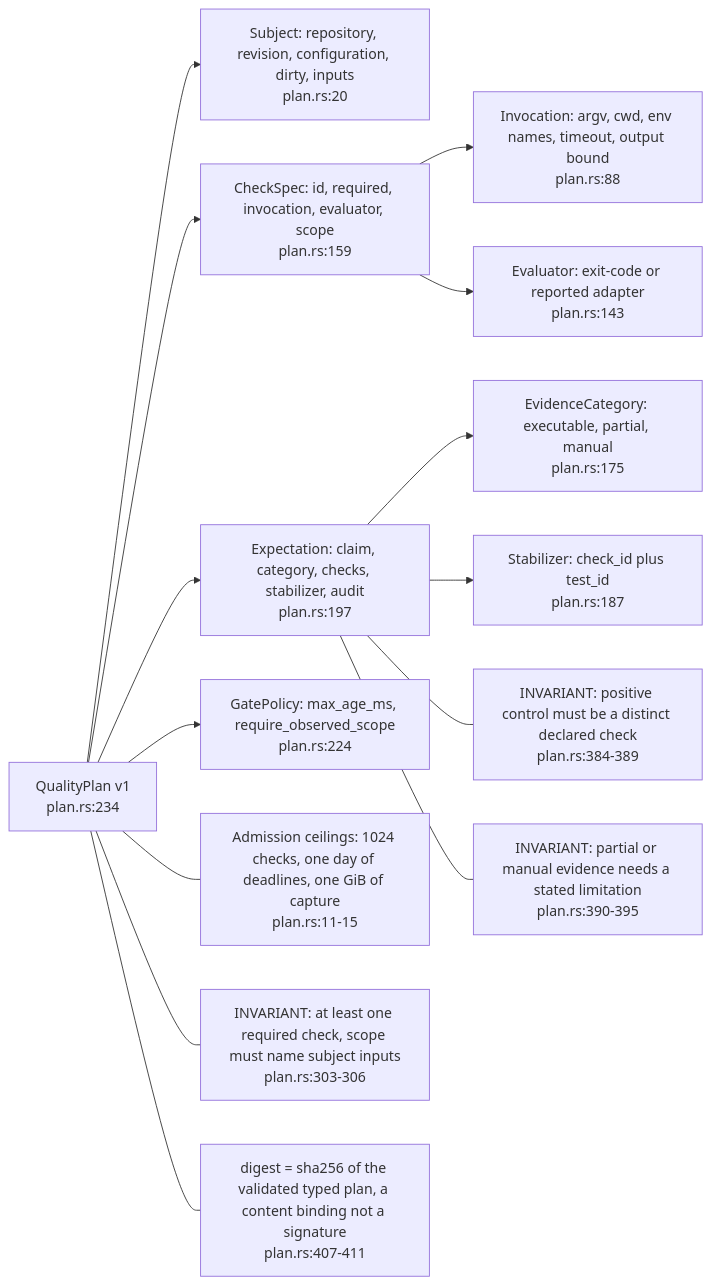
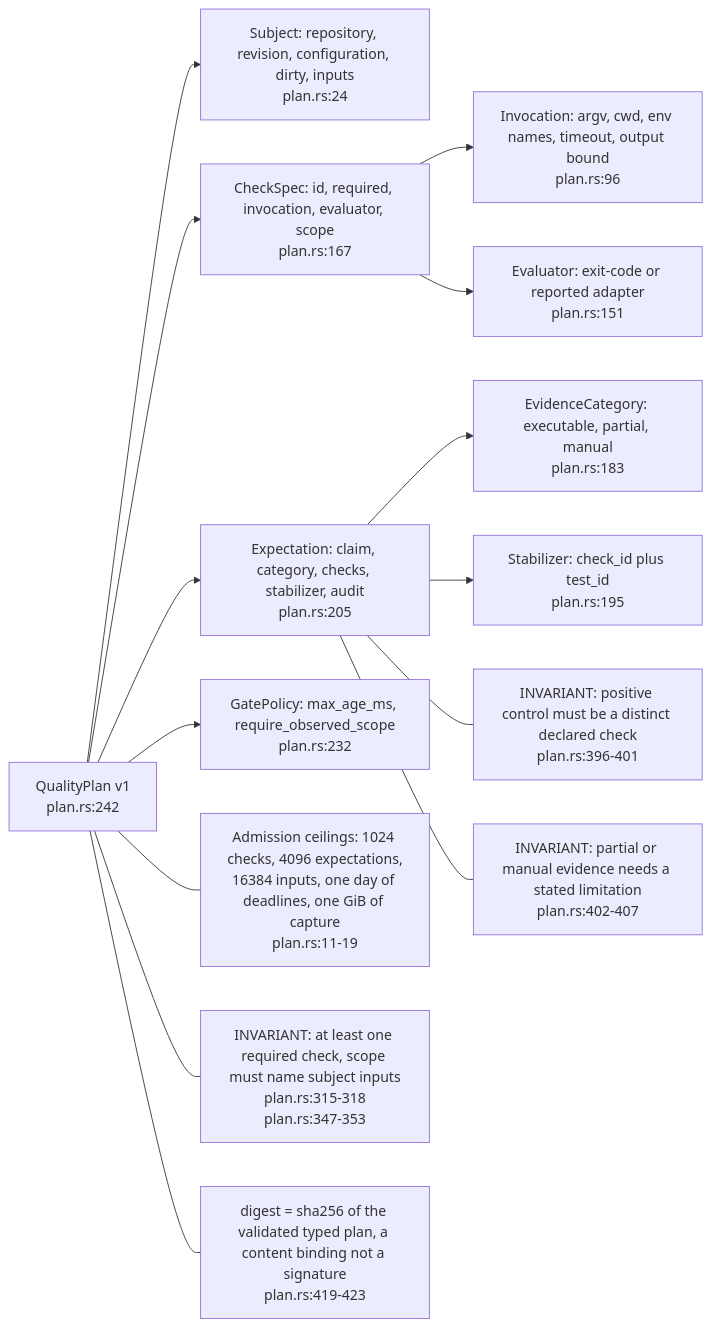
One commit to DreamLab-AI/VisionFlow changed the third of 5 diagrams in docs/diagrams/visioncraft/01-crate-skill-composition-and-contracts.md. Above: the diagram before and after it, drawn with Mermaid. The commit also changed other lines of this file and 48 other files, not shown here.

Commit message:
docs: reconcile estate repairs and first diagram refresh batch

````diff
--- a/docs/diagrams/visioncraft/01-crate-skill-composition-and-contracts.md
+++ b/docs/diagrams/visioncraft/01-crate-skill-composition-and-contracts.md
@@ -88,30 +88,30 @@
 ```mermaid
 flowchart LR
-    QP["QualityPlan v1<br/>plan.rs:234"]
-    SJ["Subject: repository, revision, configuration, dirty, inputs<br/>plan.rs:20"]
-    CS["CheckSpec: id, required, invocation, evaluator, scope<br/>plan.rs:159"]
-    EX["Expectation: claim, category, checks, stabilizer, audit<br/>plan.rs:197"]
-    GP["GatePolicy: max_age_ms, require_observed_scope<br/>plan.rs:224"]
-    IV["Invocation: argv, cwd, env names, timeout, output bound<br/>plan.rs:88"]
-    EV["Evaluator: exit-code or reported adapter<br/>plan.rs:143"]
-    EC["EvidenceCategory: executable, partial, manual<br/>plan.rs:175"]
-    ST["Stabilizer: check_id plus test_id<br/>plan.rs:187"]
+    QP["QualityPlan v1<br/>plan.rs:242"]
+    SJ["Subject: repository, revision, configuration, dirty, inputs<br/>plan.rs:24"]
+    CS["CheckSpec: id, required, invocation, evaluator, scope<br/>plan.rs:167"]
+    EX["Expectation: claim, category, checks, stabilizer, audit<br/>plan.rs:205"]
+    GP["GatePolicy: max_age_ms, require_observed_scope<br/>plan.rs:232"]
+    IV["Invocation: argv, cwd, env names, timeout, output bound<br/>plan.rs:96"]
+    EV["Evaluator: exit-code or reported adapter<br/>plan.rs:151"]
+    EC["EvidenceCategory: executable, partial, manual<br/>plan.rs:183"]
+    ST["Stabilizer: check_id plus test_id<br/>plan.rs:195"]
     QP --> SJ
     QP --> CS
     QP --> EX
     QP --> GP
     CS --> IV
     CS --> EV
     EX --> EC
     EX --> ST
-    A1["Admission ceilings: 1024 checks, one day of deadlines, one GiB of capture<br/>plan.rs:11-15"]
-    A2["INVARIANT: at least one required check, scope must name subject inputs<br/>plan.rs:303-306"]
-    A3["INVARIANT: positive control must be a distinct declared check<br/>plan.rs:384-389"]
-    A4["INVARIANT: partial or manual evidence needs a stated limitation<br/>plan.rs:390-395"]
-    A5["digest = sha256 of the validated typed plan, a content binding not a signature<br/>plan.rs:407-411"]
+    A1["Admission ceilings: 1024 checks, 4096 expectations,<br/>16384 inputs, one day of deadlines, one GiB of capture<br/>plan.rs:11-19"]
+    A2["INVARIANT: at least one required check, scope must name subject inputs<br/>plan.rs:315-318<br/>plan.rs:347-353"]
+    A3["INVARIANT: positive control must be a distinct declared check<br/>plan.rs:396-401"]
+    A4["INVARIANT: partial or manual evidence needs a stated limitation<br/>plan.rs:402-407"]
+    A5["digest = sha256 of the validated typed plan, a content binding not a signature<br/>plan.rs:419-423"]
     QP --- A1
     QP --- A2
     EX --- A3
     EX --- A4
     QP --- A5
 ```
````
